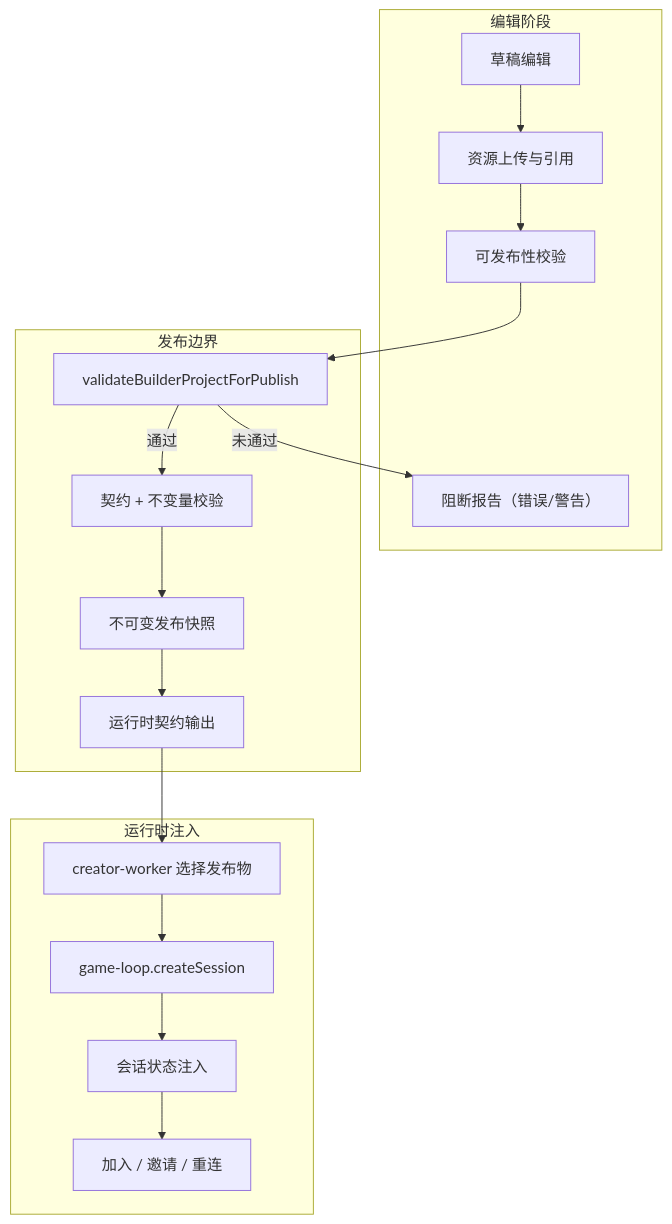
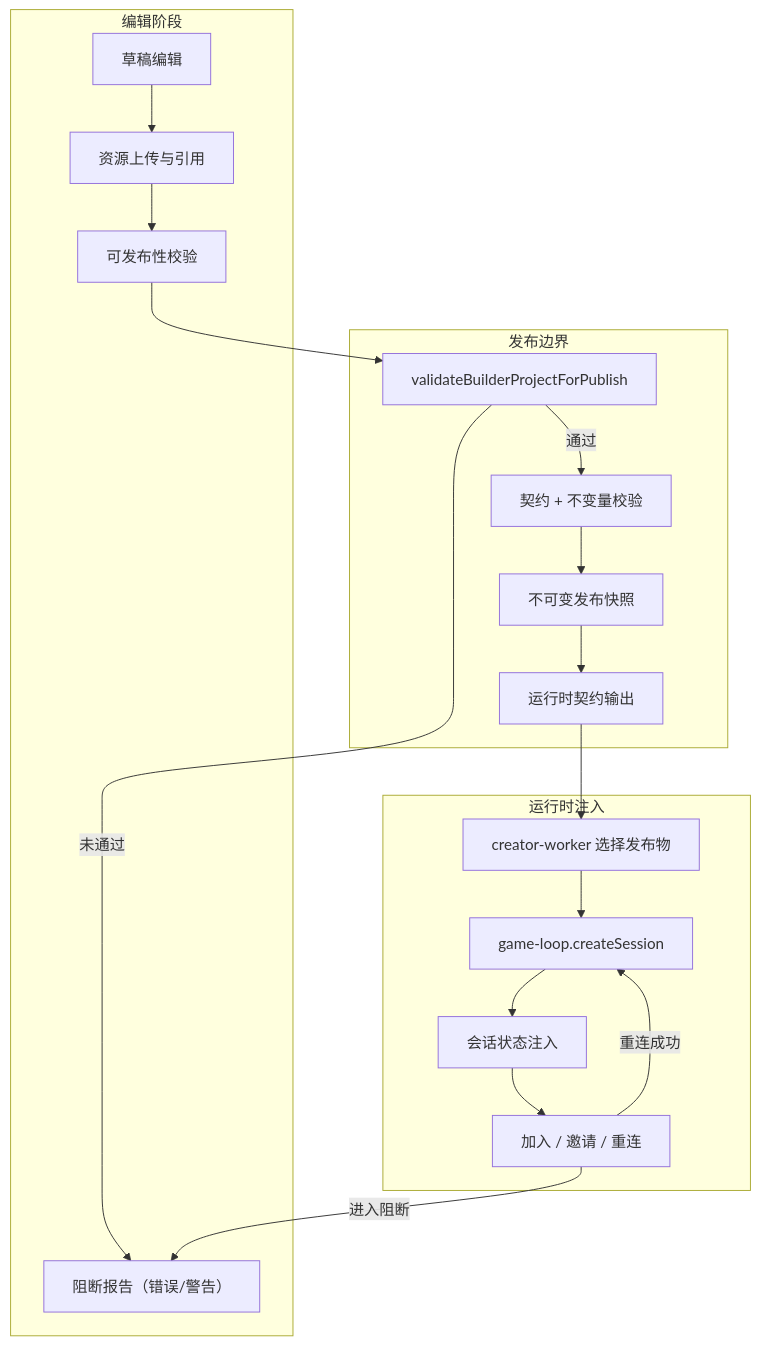
The sixth of 14 diagrams in README.md (d4551/tea), drawn with Mermaid before and after one commit. The commit also changed other lines of this file and 2 other files, not shown here.

````diff
--- a/README.md
+++ b/README.md
@@ -333,28 +362,30 @@
 ```mermaid
 flowchart TD
   subgraph Authoring["编辑阶段"]
     A_Draft["草稿编辑"]
     A_Asset["资源上传与引用"]
     A_Audit["可发布性校验"]
     A_Report["阻断报告（错误/警告）"]
   end
 
   subgraph Publish["发布边界"]
     P_Validate["validateBuilderProjectForPublish"]
     P_Contract["契约 + 不变量校验"]
     P_Release["不可变发布快照"]
     P_Output["运行时契约输出"]
   end
 
   subgraph Runtime["运行时注入"]
     R_Create["creator-worker 选择发布物"]
     R_Session["game-loop.createSession"]
     R_Hydrate["会话状态注入"]
     R_Join["加入 / 邀请 / 重连"]
   end
 
   A_Draft --> A_Asset --> A_Audit --> P_Validate
   P_Validate -->|通过| P_Contract --> P_Release --> P_Output --> R_Create
   P_Validate -->|未通过| A_Report
   R_Create --> R_Session --> R_Hydrate --> R_Join
+  R_Join -->|重连成功| R_Session
+  R_Join -->|进入阻断| A_Report
 ```
````
